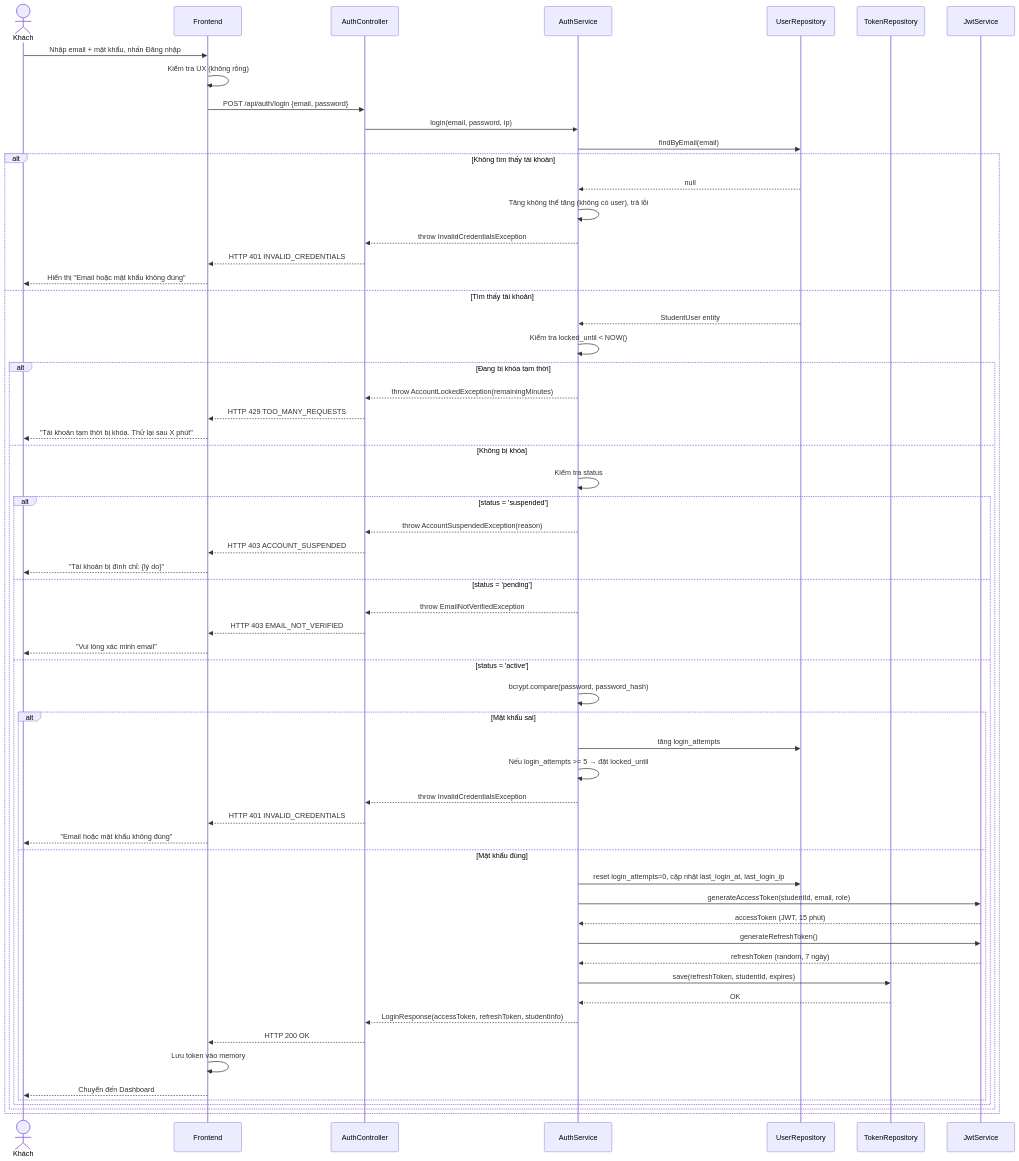
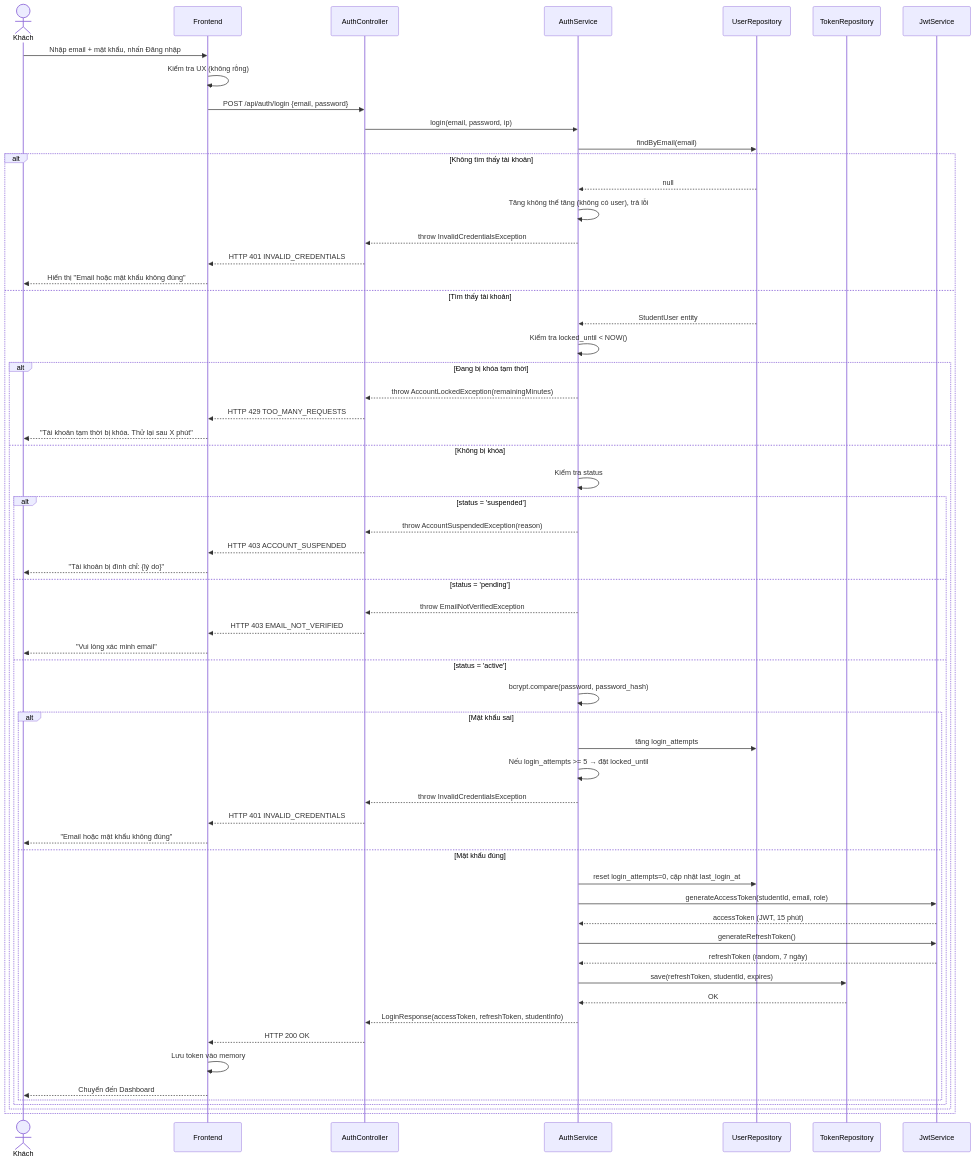
Before and after one commit to hung02042005/Japanese-Skill-Practice-Platform: the first of 2 diagrams in .sdd/specs/backend/feat-auth/UC-01-login.md, drawn with Mermaid. The commit also changed other lines of this file and 26 other files, not shown here.

````diff
--- a/.sdd/specs/backend/feat-auth/UC-01-login.md
+++ b/.sdd/specs/backend/feat-auth/UC-01-login.md
@@ -162,67 +162,67 @@
 ```mermaid
 sequenceDiagram
     actor Khach as Khách
     participant FE as Frontend
     participant AC as AuthController
     participant AS as AuthService
     participant UR as UserRepository
     participant TR as TokenRepository
     participant JS as JwtService
 
     Khach->>FE: Nhập email + mật khẩu, nhấn Đăng nhập
     FE->>FE: Kiểm tra UX (không rỗng)
     FE->>AC: POST /api/auth/login {email, password}
     AC->>AS: login(email, password, ip)
     AS->>UR: findByEmail(email)
     
     alt Không tìm thấy tài khoản
         UR-->>AS: null
         AS->>AS: Tăng không thể tăng (không có user), trả lỗi
         AS-->>AC: throw InvalidCredentialsException
         AC-->>FE: HTTP 401 INVALID_CREDENTIALS
         FE-->>Khach: Hiển thị "Email hoặc mật khẩu không đúng"
     else Tìm thấy tài khoản
         UR-->>AS: StudentUser entity
         AS->>AS: Kiểm tra locked_until < NOW()
         
         alt Đang bị khóa tạm thời
             AS-->>AC: throw AccountLockedException(remainingMinutes)
             AC-->>FE: HTTP 429 TOO_MANY_REQUESTS
             FE-->>Khach: "Tài khoản tạm thời bị khóa. Thử lại sau X phút"
         else Không bị khóa
             AS->>AS: Kiểm tra status
             
             alt status = 'suspended'
                 AS-->>AC: throw AccountSuspendedException(reason)
                 AC-->>FE: HTTP 403 ACCOUNT_SUSPENDED
                 FE-->>Khach: "Tài khoản bị đình chỉ: {lý do}"
             else status = 'pending'
                 AS-->>AC: throw EmailNotVerifiedException
                 AC-->>FE: HTTP 403 EMAIL_NOT_VERIFIED
                 FE-->>Khach: "Vui lòng xác minh email"
             else status = 'active'
                 AS->>AS: bcrypt.compare(password, password_hash)
                 
                 alt Mật khẩu sai
                     AS->>UR: tăng login_attempts
                     AS->>AS: Nếu login_attempts >= 5 → đặt locked_until
                     AS-->>AC: throw InvalidCredentialsException
                     AC-->>FE: HTTP 401 INVALID_CREDENTIALS
                     FE-->>Khach: "Email hoặc mật khẩu không đúng"
                 else Mật khẩu đúng
-                    AS->>UR: reset login_attempts=0, cập nhật last_login_at, last_login_ip
+                    AS->>UR: reset login_attempts=0, cập nhật last_login_at
                     AS->>JS: generateAccessToken(studentId, email, role)
                     JS-->>AS: accessToken (JWT, 15 phút)
                     AS->>JS: generateRefreshToken()
                     JS-->>AS: refreshToken (random, 7 ngày)
                     AS->>TR: save(refreshToken, studentId, expires)
                     TR-->>AS: OK
                     AS-->>AC: LoginResponse(accessToken, refreshToken, studentInfo)
                     AC-->>FE: HTTP 200 OK
                     FE->>FE: Lưu token vào memory
                     FE-->>Khach: Chuyển đến Dashboard
                 end
             end
         end
     end
 ```
````
